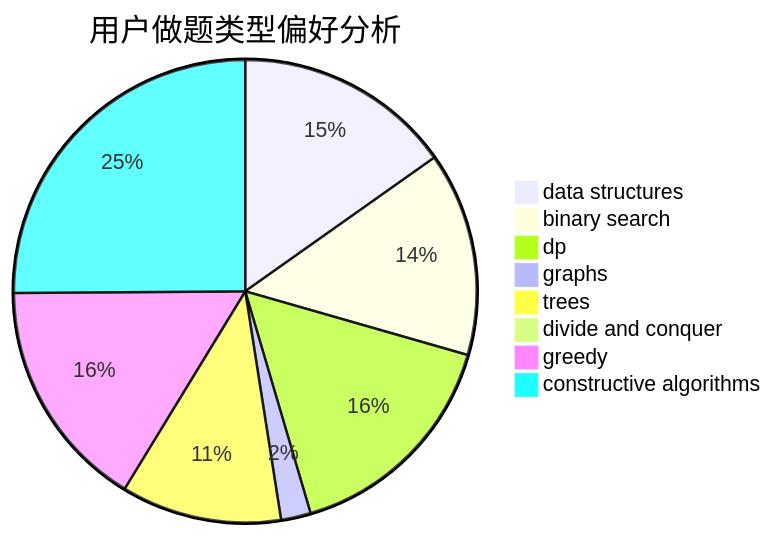
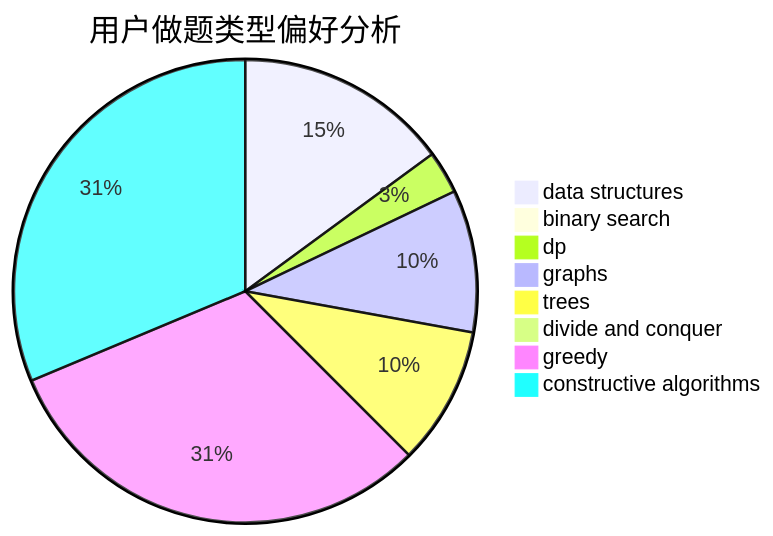
Before and after one commit to sherpahu/cfrs.github.io: the second of 3 diagrams in docs/user/u289.md, drawn with Mermaid. The commit also changed other lines of this file and 2770 other files, not shown here.

````diff
--- a/docs/user/u289.md
+++ b/docs/user/u289.md
@@ -23,11 +23,11 @@
 ```mermaid
 pie title 用户做题类型偏好分析
-    "data structures" :  95
-    "binary search" :  89
-    "dp" :  100
-    "graphs" :  13
-    "trees" :  70
-    "divide and conquer" :  0
-    "greedy" :  101
-    "constructive algorithms" :  157
+    "data structures" :  255
+    "binary search" :  16
+    "dp" :  51
+    "graphs" :  170
+    "trees" :  165
+    "divide and conquer" :  9
+    "greedy" :  533
+    "constructive algorithms" :  535
 ```
````
